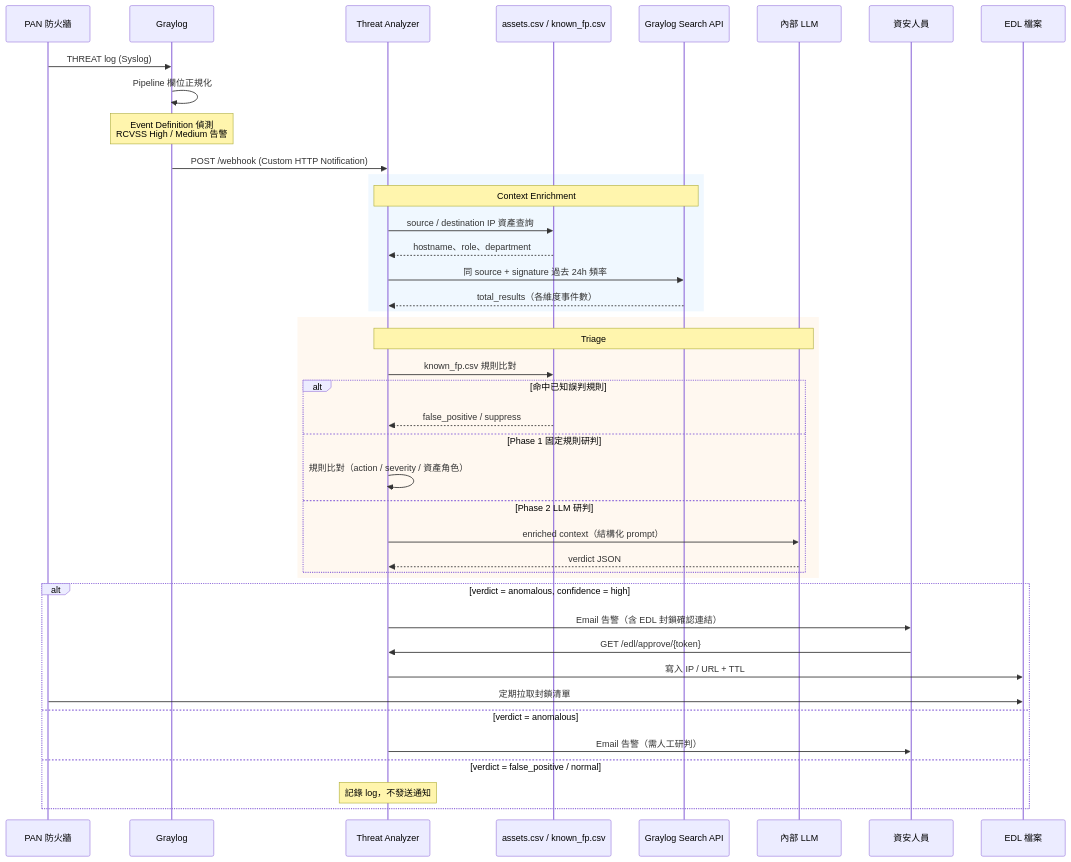
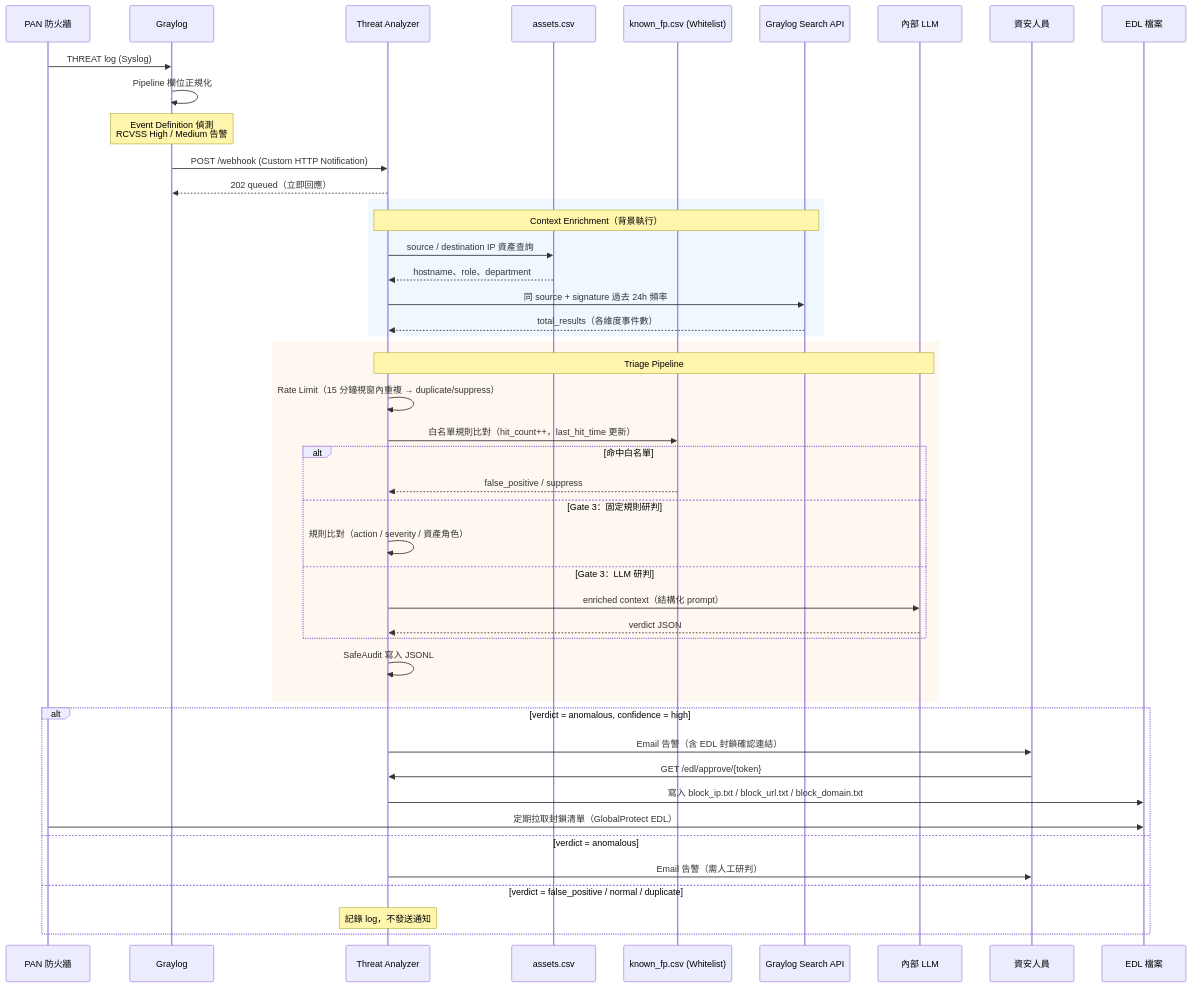
The diagram in README.md (subineru/graylog-threat-analyzer), drawn with Mermaid before and after one commit. The commit also changed other lines of this file, not shown here.

First line of the commit message:
docs: update README for Phase 2 (WhitelistManager, SafeAudit, ExpiryPolicy, EDL GlobalProtect)

````diff
--- a/README.md
+++ b/README.md
@@ -19,48 +21,52 @@
 ```mermaid
 sequenceDiagram
     participant PA as PAN 防火牆
     participant GL as Graylog
     participant TA as Threat Analyzer
-    participant Assets as assets.csv / known_fp.csv
+    participant Assets as assets.csv
+    participant WL as known_fp.csv (Whitelist)
     participant GLAPI as Graylog Search API
     participant LLM as 內部 LLM
     participant Analyst as 資安人員
     participant EDL as EDL 檔案
 
     PA->>GL: THREAT log (Syslog)
     GL->>GL: Pipeline 欄位正規化
     Note over GL: Event Definition 偵測<br/>RCVSS High / Medium 告警
     GL->>TA: POST /webhook (Custom HTTP Notification)
+    TA-->>GL: 202 queued（立即回應）
 
     rect rgb(240, 248, 255)
-        Note over TA,GLAPI: Context Enrichment
+        Note over TA,GLAPI: Context Enrichment（背景執行）
         TA->>Assets: source / destination IP 資產查詢
         Assets-->>TA: hostname、role、department
         TA->>GLAPI: 同 source + signature 過去 24h 頻率
         GLAPI-->>TA: total_results（各維度事件數）
     end
 
     rect rgb(255, 248, 240)
-        Note over TA,LLM: Triage
-        TA->>Assets: known_fp.csv 規則比對
-        alt 命中已知誤判規則
-            Assets-->>TA: false_positive / suppress
-        else Phase 1 固定規則研判
+        Note over TA,LLM: Triage Pipeline
+        TA->>TA: Rate Limit（15 分鐘視窗內重複 → duplicate/suppress）
+        TA->>WL: 白名單規則比對（hit_count++，last_hit_time 更新）
+        alt 命中白名單
+            WL-->>TA: false_positive / suppress
+        else Gate 3：固定規則研判
             TA->>TA: 規則比對（action / severity / 資產角色）
-        else Phase 2 LLM 研判
+        else Gate 3：LLM 研判
             TA->>LLM: enriched context（結構化 prompt）
             LLM-->>TA: verdict JSON
         end
+        TA->>TA: SafeAudit 寫入 JSONL
     end
 
     alt verdict = anomalous, confidence = high
         TA->>Analyst: Email 告警（含 EDL 封鎖確認連結）
         Analyst->>TA: GET /edl/approve/{token}
-        TA->>EDL: 寫入 IP / URL + TTL
-        PA->>EDL: 定期拉取封鎖清單
+        TA->>EDL: 寫入 block_ip.txt / block_url.txt / block_domain.txt
+        PA->>EDL: 定期拉取封鎖清單（GlobalProtect EDL）
     else verdict = anomalous
         TA->>Analyst: Email 告警（需人工研判）
-    else verdict = false_positive / normal
+    else verdict = false_positive / normal / duplicate
         Note over TA: 記錄 log，不發送通知
     end
 ```
````
